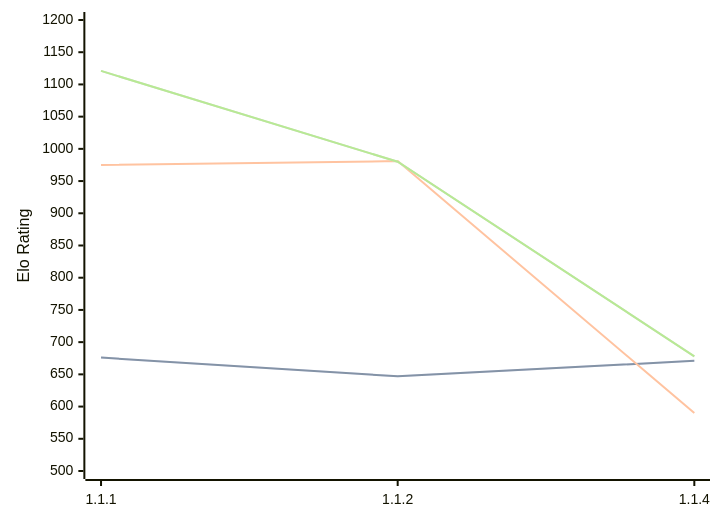
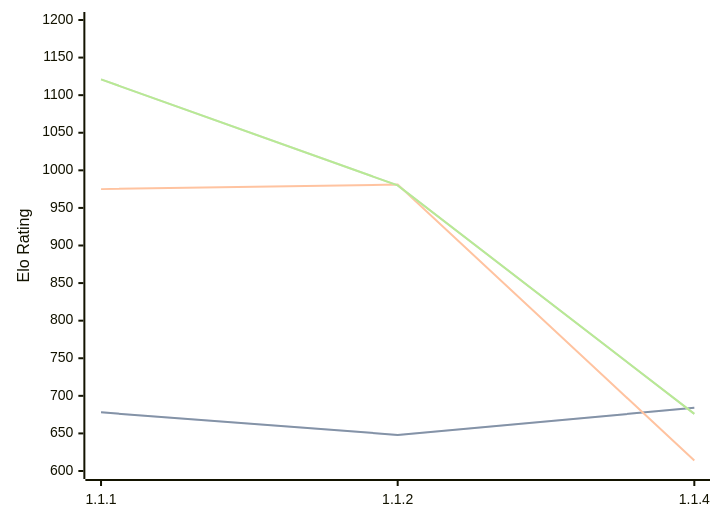
One commit to computer-chess-index/cci changed the diagram in engines/ChessCore.md. Above: the diagram before and after it, drawn with Mermaid. The commit also changed other lines of this file, not shown here.

Commit message:
Update CCI Ratings (ELO VLTC) - 2026-06-08

````diff
--- a/engines/ChessCore.md
+++ b/engines/ChessCore.md
@@ -35,11 +35,11 @@
 ```mermaid
 %%{init: {"theme":"base","themeVariables":{"seriesColors:['#a3a3a3','#222221','#faa371']}}}%%
 xychart-beta
   x-axis ["1.1.1", "1.1.2", "1.1.4"]
-  y-axis "Elo Rating" 500 --> 1200
-  line "STC (8.0+0.08s)" [676, 647, 671]
-  line "STC (8.0+0.08s)" [676, 647, 671]
-  line "LTC (60.0+0.60s)" [975, 981, 590]
-  line "VLTC (2m24s+1.12s)" [1121, 980, 678]
-  line "VLTC (2m24s+1.12s)" [1121, 980, 678]
+  y-axis "Elo Rating" 600 --> 1200
+  line "STC (8.0+0.08s)" [678, 648, 684]
+  line "STC (8.0+0.08s)" [678, 648, 684]
+  line "LTC (60.0+0.60s)" [975, 981, 614]
+  line "VLTC (2m24s+1.12s)" [1121, 980, 676]
+  line "VLTC (2m24s+1.12s)" [1121, 980, 676]
 ```
````
